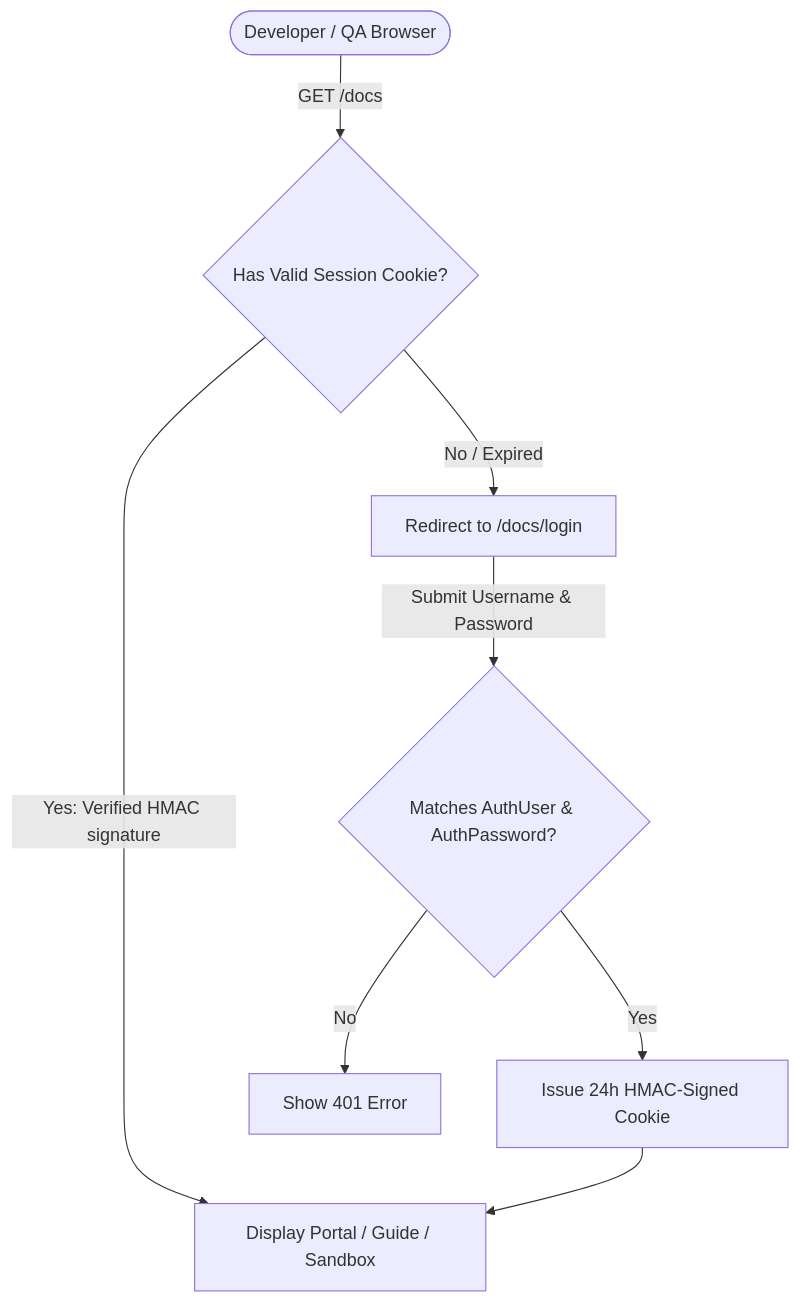
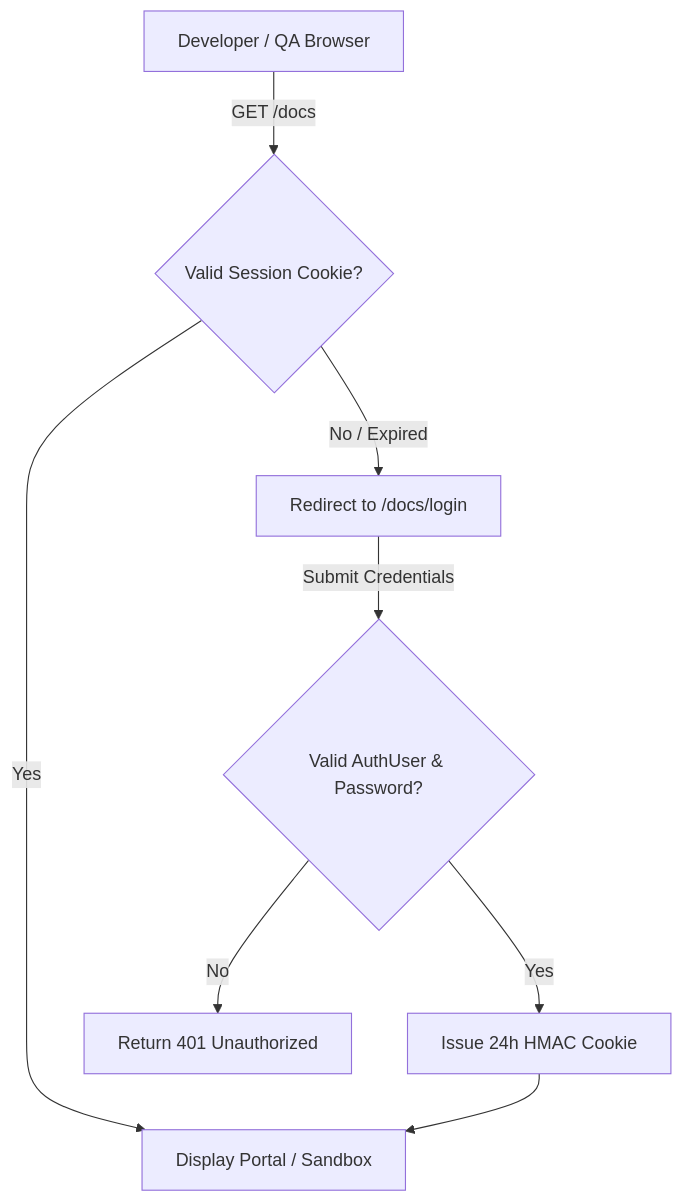
The diagram in README.md (Natykufsky/go-apidocs), drawn with Mermaid before and after one commit. The commit also changed other lines of this file, not shown here.

Commit message:
fix(docs): fix Mermaid diagram syntax and cleanup README duplicate sections

````diff
--- a/README.md
+++ b/README.md
@@ -192,9 +192,9 @@
 ```mermaid
-flowchart TD
-    User([Developer / QA Browser]) -->|GET /docs| Gate{Has Valid Session Cookie?}
-    Gate -->|Yes: Verified HMAC signature| Docs[Display Portal / Guide / Sandbox]
-    Gate -->|No / Expired| Login[Redirect to /docs/login]
-    Login -->|Submit Username & Password| Verify{Matches AuthUser & AuthPassword?}
-    Verify -->|Yes| Cookie[Issue 24h HMAC-Signed Cookie] --> Docs
-    Verify -->|No| Reject[Show 401 Error]
+graph TD
+    A["Developer / QA Browser"] -->|GET /docs| B{"Valid Session Cookie?"}
+    B -->|Yes| C["Display Portal / Sandbox"]
+    B -->|No / Expired| D["Redirect to /docs/login"]
+    D -->|Submit Credentials| E{"Valid AuthUser & Password?"}
+    E -->|Yes| F["Issue 24h HMAC Cookie"] --> C
+    E -->|No| G["Return 401 Unauthorized"]
 ```
````
